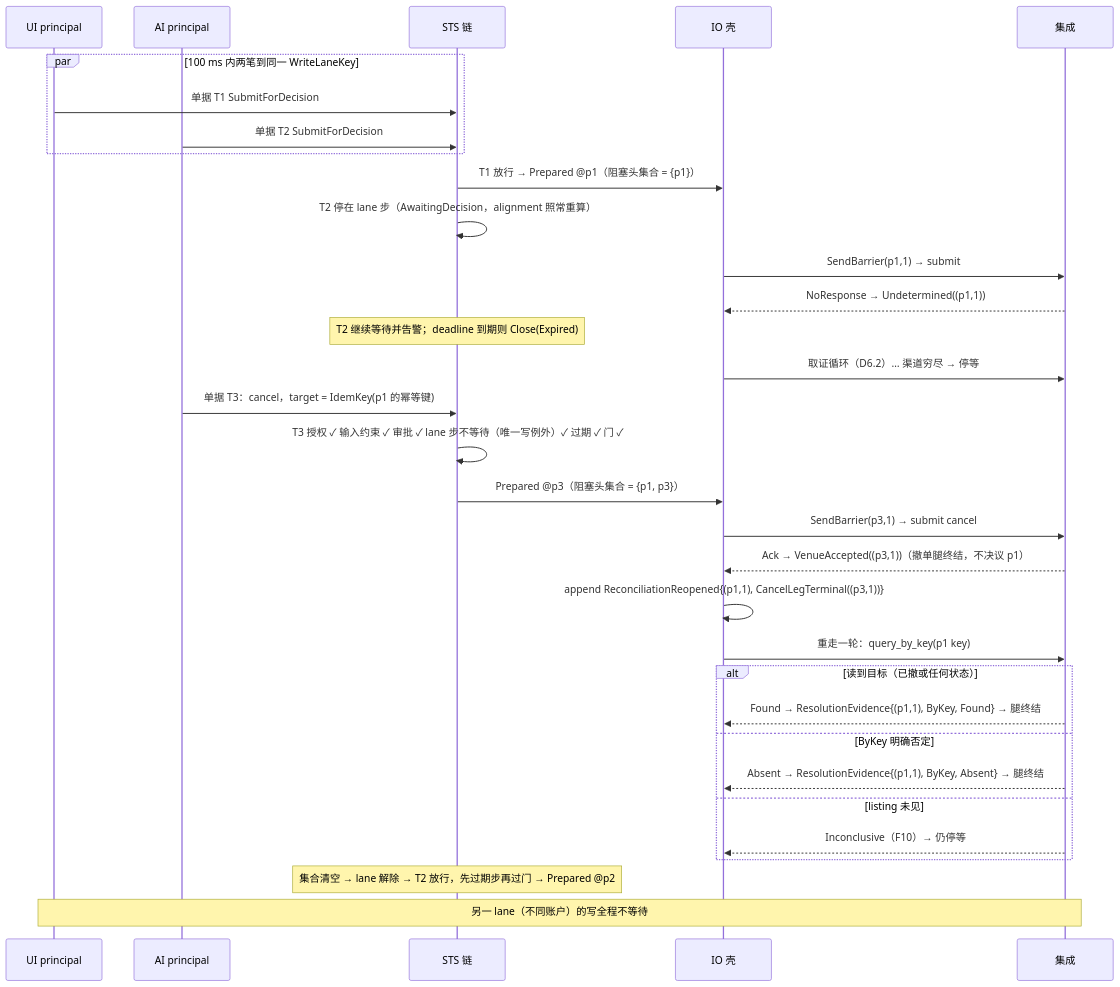
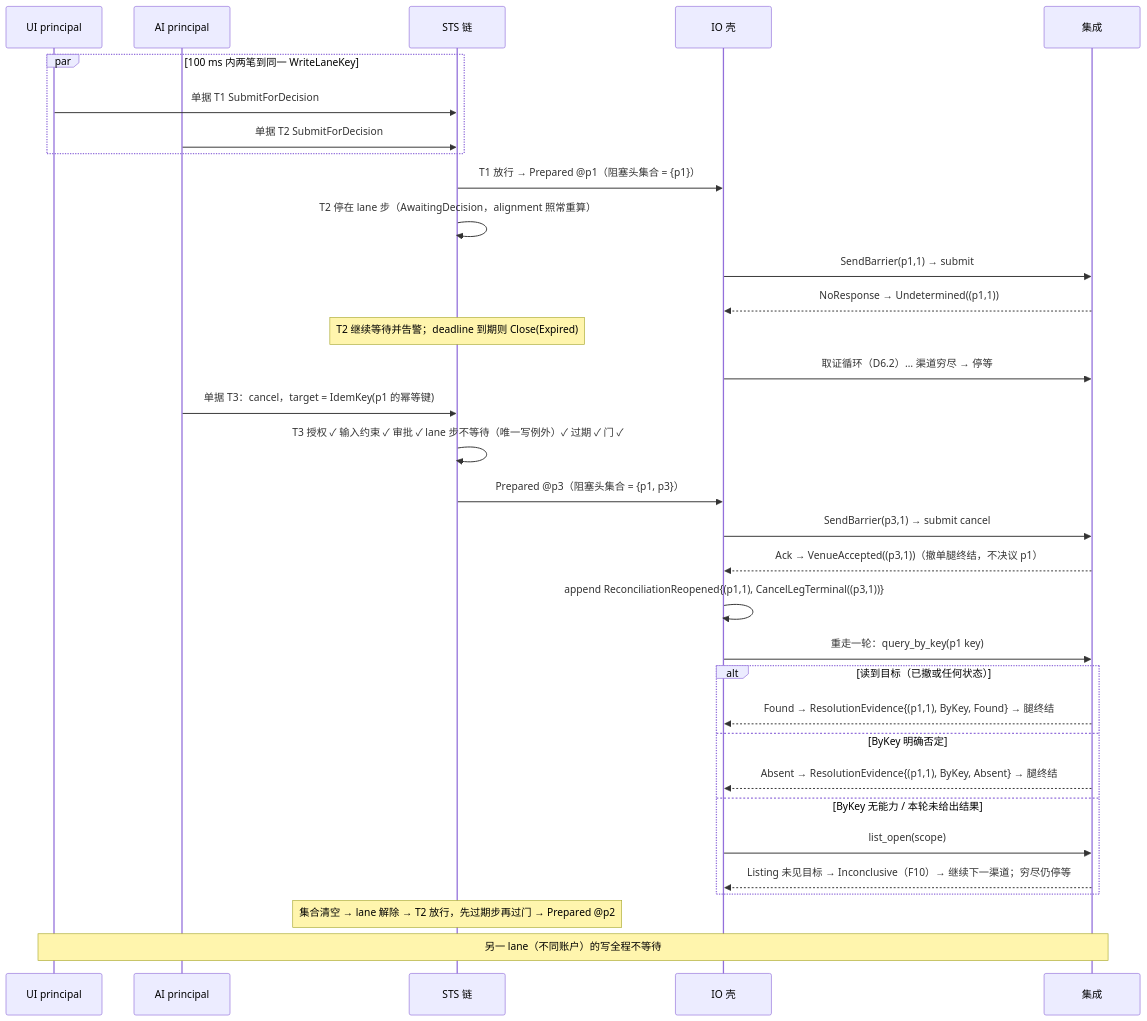
Before and after one commit to mouriya-s-lab/uta: the seventh of 7 diagrams in design/diagrams/06-io-shell-attempt.md, drawn with Mermaid. The commit also changed other lines of this file and 10 other files, not shown here.

````diff
--- a/design/diagrams/06-io-shell-attempt.md
+++ b/design/diagrams/06-io-shell-attempt.md
@@ -250,34 +257,35 @@
 ```mermaid
 sequenceDiagram
   participant UI as UI principal
   participant AI as AI principal
   participant S as STS 链
   participant IO as IO 壳
   participant I as 集成
   par 100 ms 内两笔到同一 WriteLaneKey
     UI->>S: 单据 T1 SubmitForDecision
     AI->>S: 单据 T2 SubmitForDecision
   end
   S->>IO: T1 放行 → Prepared @p1（阻塞头集合 = {p1}）
   S->>S: T2 停在 lane 步（AwaitingDecision，alignment 照常重算）
   IO->>I: SendBarrier(p1,1) → submit
   I-->>IO: NoResponse → Undetermined((p1,1))
   Note over S: T2 继续等待并告警；deadline 到期则 Close(Expired)
   IO->>I: 取证循环（D6.2）… 渠道穷尽 → 停等
   AI->>S: 单据 T3：cancel，target = IdemKey(p1 的幂等键)
   S->>S: T3 授权 ✓ 输入约束 ✓ 审批 ✓ lane 步不等待（唯一写例外）✓ 过期 ✓ 门 ✓
   S->>IO: Prepared @p3（阻塞头集合 = {p1, p3}）
   IO->>I: SendBarrier(p3,1) → submit cancel
   I-->>IO: Ack → VenueAccepted((p3,1))（撤单腿终结，不决议 p1）
   IO->>IO: append ReconciliationReopened{(p1,1), CancelLegTerminal((p3,1))}
   IO->>I: 重走一轮：query_by_key(p1 key)
   alt 读到目标（已撤或任何状态）
     I-->>IO: Found → ResolutionEvidence{(p1,1), ByKey, Found} → 腿终结
   else ByKey 明确否定
     I-->>IO: Absent → ResolutionEvidence{(p1,1), ByKey, Absent} → 腿终结
-  else listing 未见
-    I-->>IO: Inconclusive（F10）→ 仍停等
+  else ByKey 无能力 / 本轮未给出结果
+    IO->>I: list_open(scope)
+    I-->>IO: Listing 未见目标 → Inconclusive（F10）→ 继续下一渠道；穷尽仍停等
   end
   Note over S: 集合清空 → lane 解除 → T2 放行，先过期步再过门 → Prepared @p2
   Note over UI,I: 另一 lane（不同账户）的写全程不等待
 ```
````
